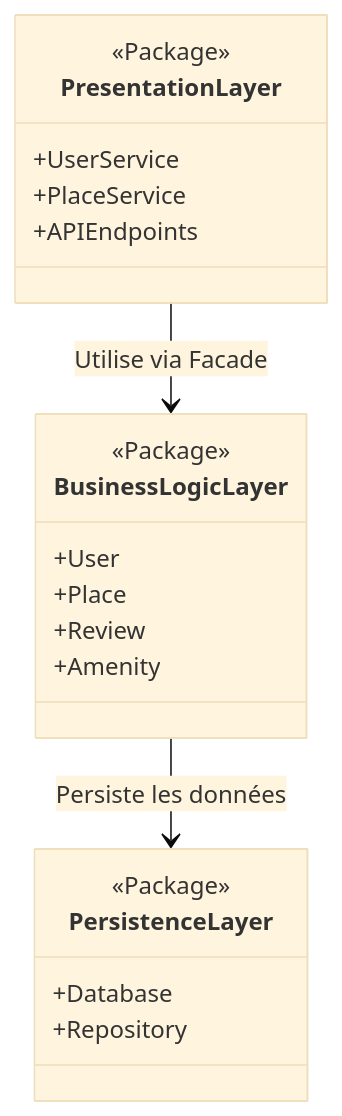
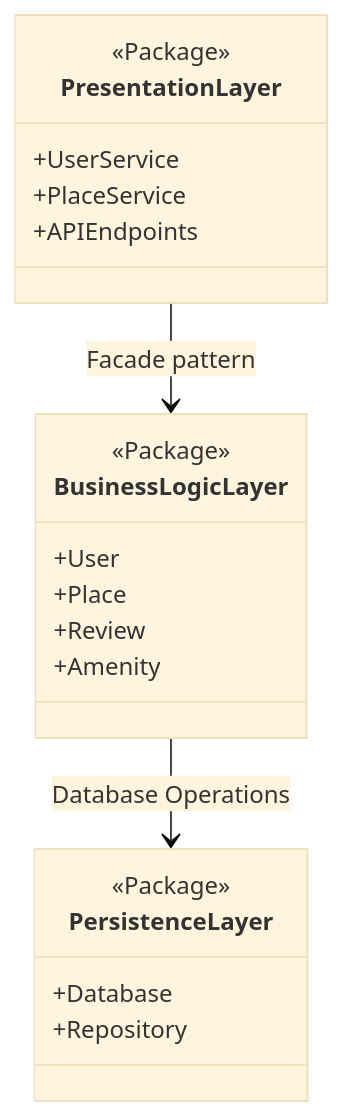
One commit to Schpser/holbertonschool-hbnb changed the diagram in part1/package_diagram.md. Above: the diagram before and after it, drawn with Mermaid (base theme).

````diff
--- a/part1/package_diagram.md
+++ b/part1/package_diagram.md
@@ -1,26 +1,26 @@
 ```mermaid
 
 classDiagram
     class PresentationLayer {
         <<Package>>
         +UserService
         +PlaceService
         +APIEndpoints
     }
     class BusinessLogicLayer {
         <<Package>>
         +User
         +Place
         +Review
         +Amenity
     }
     class PersistenceLayer {
         <<Package>>
         +Database
         +Repository
     }
     
-    PresentationLayer --> BusinessLogicLayer : Utilise via Facade
-    BusinessLogicLayer --> PersistenceLayer : Persiste les données
+    PresentationLayer --> BusinessLogicLayer : Facade pattern
+    BusinessLogicLayer --> PersistenceLayer : Database Operations
 
 ```
````
